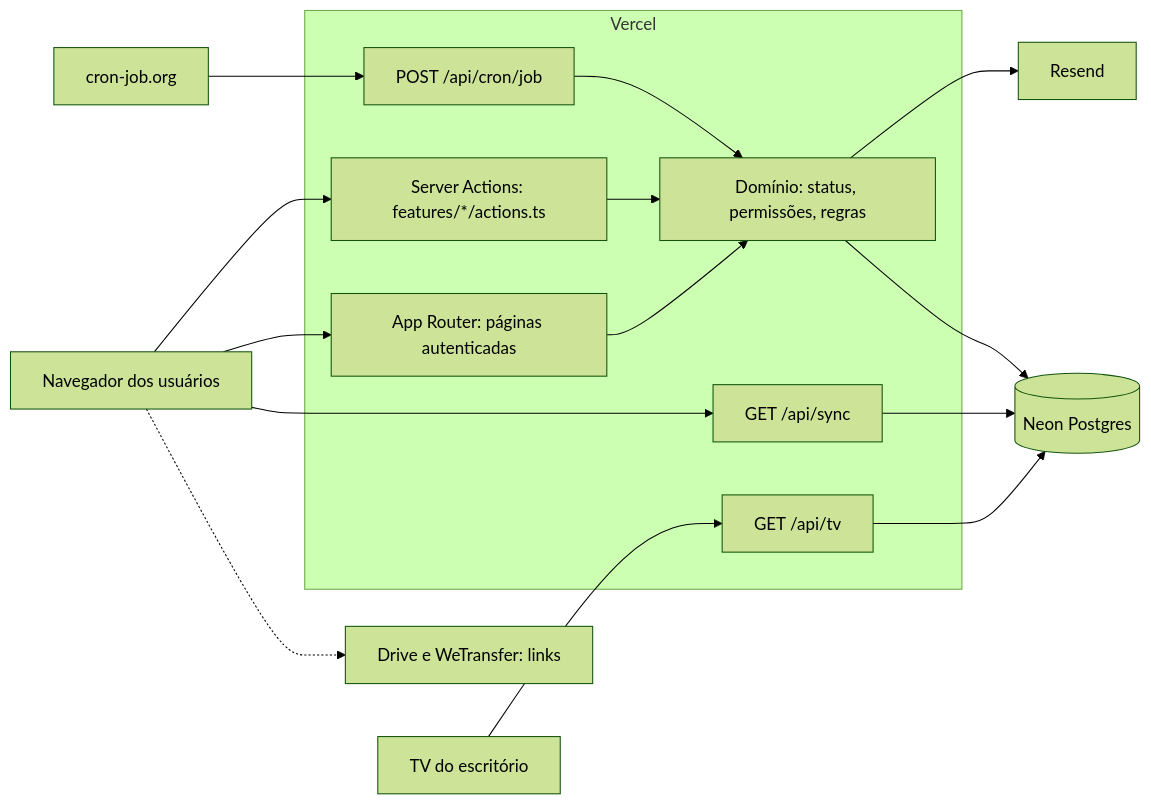
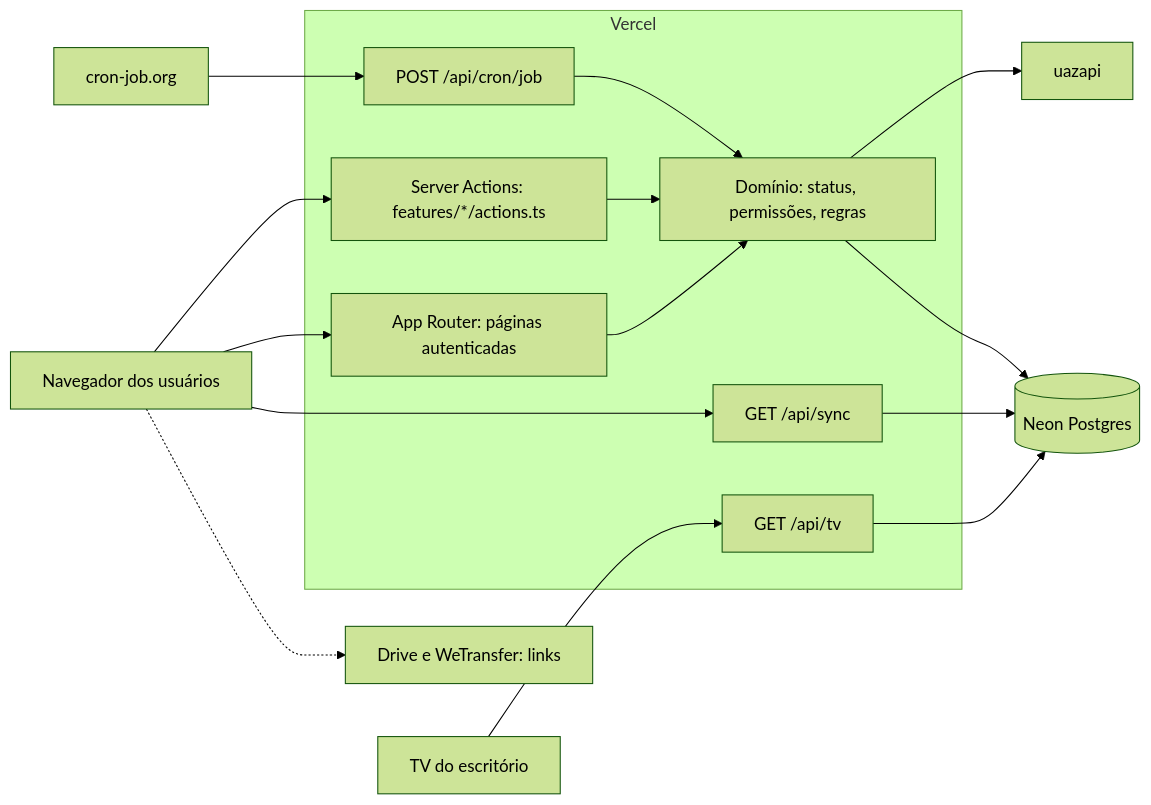
One commit to matteusmanoel/louflow changed the diagram in docs/system-design.md. Above: the diagram before and after it, drawn with Mermaid (forest theme). The commit also changed other lines of this file and 151 other files, not shown here.

````diff
--- a/docs/system-design.md
+++ b/docs/system-design.md
@@ -24,33 +24,33 @@
 ```mermaid
 flowchart LR
   Browser["Navegador dos usuários"]
   TV["TV do escritório"]
   Cron["cron-job.org"]
 
   subgraph Vercel
     Pages["App Router: páginas autenticadas"]
     Actions["Server Actions: features/*/actions.ts"]
     Sync["GET /api/sync"]
     TvApi["GET /api/tv"]
     CronApi["POST /api/cron/job"]
     Domain["Domínio: status, permissões, regras"]
   end
 
   Neon[("Neon Postgres")]
-  Resend["Resend"]
+  Uazapi["uazapi"]
   Drive["Drive e WeTransfer: links"]
 
   Browser --> Pages
   Browser --> Actions
   Browser --> Sync
   TV --> TvApi
   Cron --> CronApi
   Pages --> Domain
   Actions --> Domain
   CronApi --> Domain
   TvApi --> Neon
   Sync --> Neon
   Domain --> Neon
-  Domain --> Resend
+  Domain --> Uazapi
   Browser -.-> Drive
 ```
````
